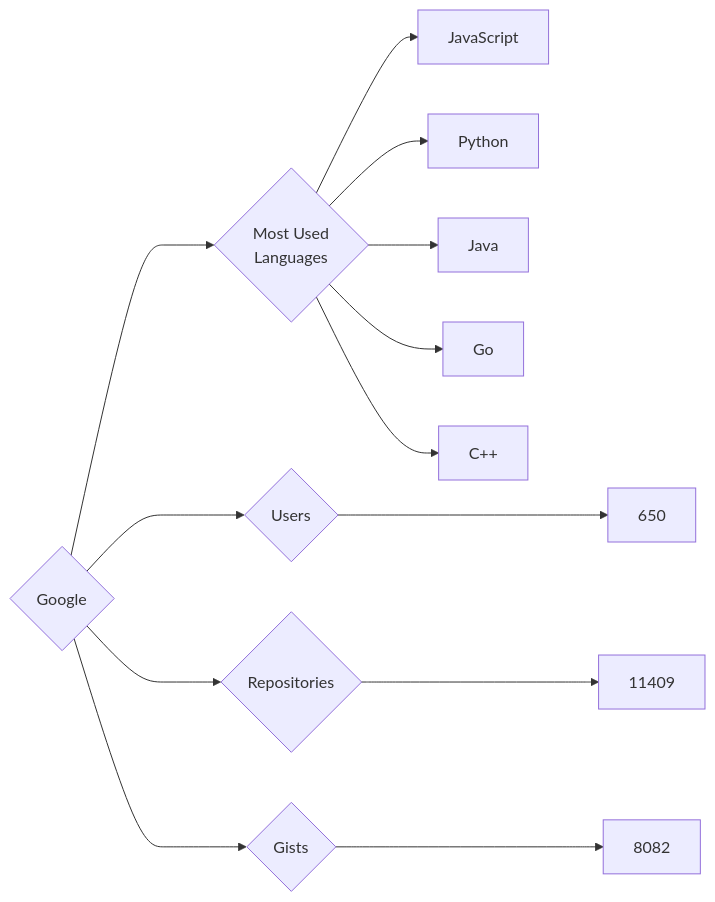
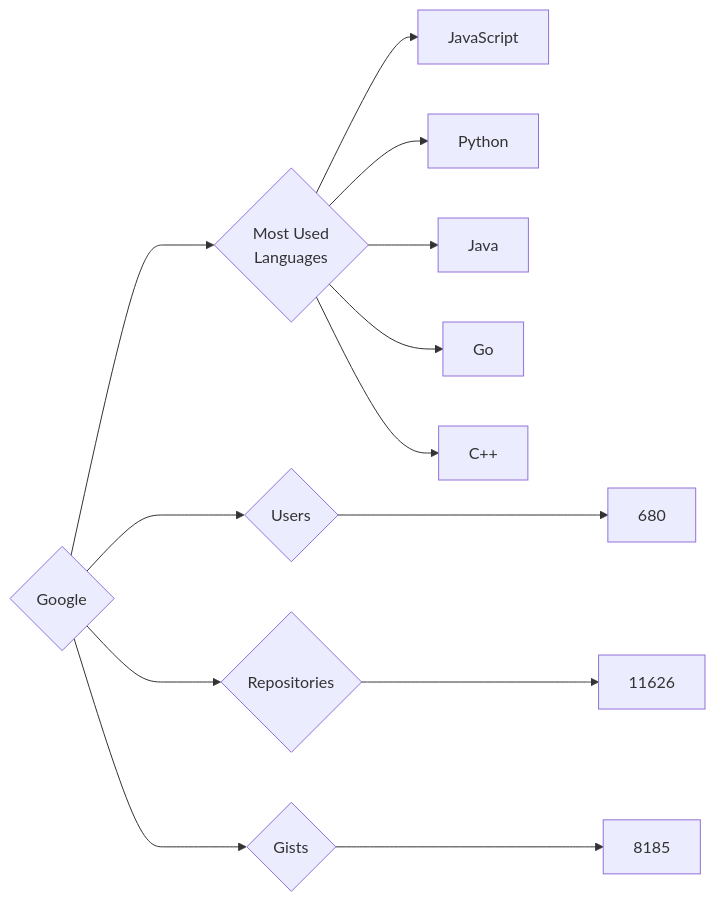
The diagram in targets/Google/README.md (trickest/insiders), drawn with Mermaid before and after one commit. The commit also changed 720 other files, not shown here.

````diff
--- a/targets/Google/README.md
+++ b/targets/Google/README.md
@@ -3,13 +3,13 @@
 ```mermaid
 graph LR
 COMPANY_NAME{Google}
-COMPANY_NAME ---> U{Users} ---> UN[650]
-COMPANY_NAME ---> R{Repositories} ---> RN[11409]
-COMPANY_NAME ---> G{Gists} ---> GN[8082]
+COMPANY_NAME ---> U{Users} ---> UN[680]
+COMPANY_NAME ---> R{Repositories} ---> RN[11626]
+COMPANY_NAME ---> G{Gists} ---> GN[8185]
 COMPANY_NAME ---> ML{Most Used<br>Languages}
 ML --> JavaScript[JavaScript]
 ML --> Python[Python]
 ML --> Java[Java]
 ML --> Go[Go]
 ML --> C++[C++]
 ```
````
